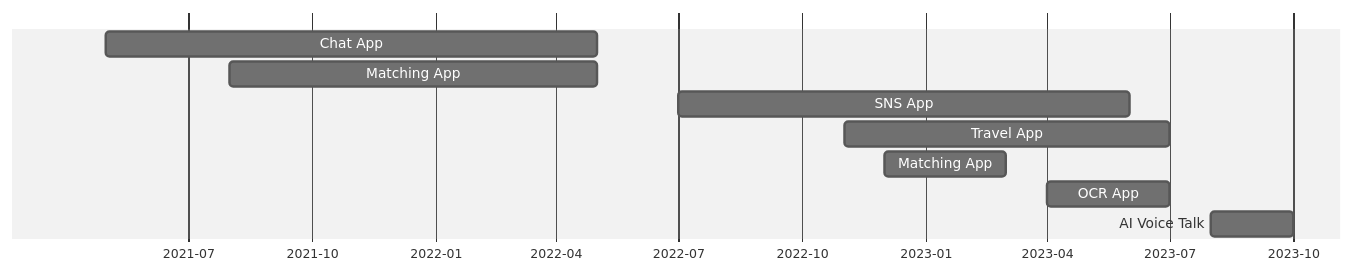
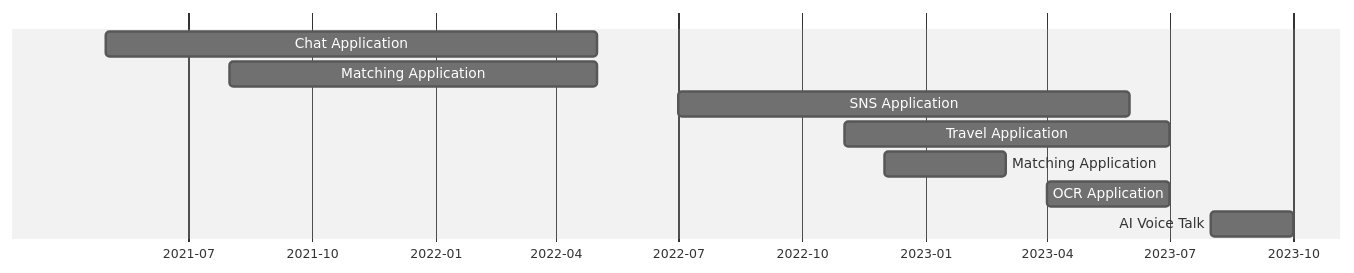
The diagram in docs/README.md (RYO1223/resume), drawn with Mermaid (neutral theme) before and after one commit. The commit also changed other lines of this file, not shown here.

````diff
--- a/docs/README.md
+++ b/docs/README.md
@@ -145,15 +166,15 @@
 ```mermaid
 gantt
 
 dateFormat YYYY-MM
 axisFormat %Y-%m
 tickInterval 3month
 
-Chat App: 2021-05, 2022-05
-Matching App: 2021-08, 2022-05
-SNS App: 2022-07, 2023-06
-Travel App: 2022-11, 2023-07
-Matching App: 2022-12, 2023-03
-OCR App: 2023-04, 2023-07
+Chat Application: 2021-05, 2022-05
+Matching Application: 2021-08, 2022-05
+SNS Application: 2022-07, 2023-06
+Travel Application: 2022-11, 2023-07
+Matching Application: 2022-12, 2023-03
+OCR Application: 2023-04, 2023-07
 AI Voice Talk: 2023-08, 2023-10
 ```
````
